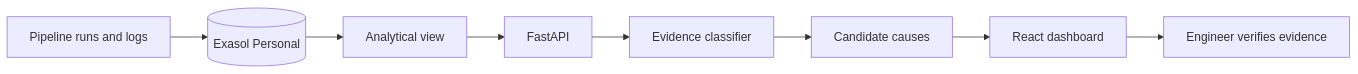
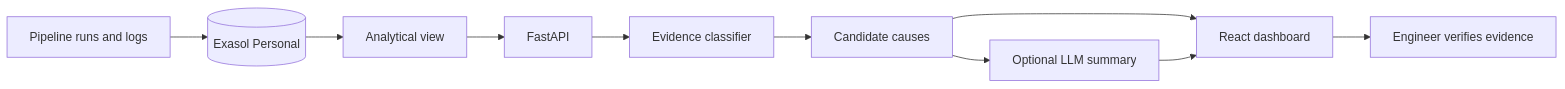
Before and after one commit to Anafa-thabassum/opsintel-ai: the diagram in README.md, drawn with Mermaid. The commit also changed other lines of this file and 16 other files, not shown here.

````diff
--- a/README.md
+++ b/README.md
@@ -73,10 +75,12 @@
 ```mermaid
 flowchart LR
     A[Pipeline runs and logs] --> B[(Exasol Personal)]
     B --> C[Analytical view]
     C --> D[FastAPI]
     D --> E[Evidence classifier]
     E --> F[Candidate causes]
-    F --> G[React dashboard]
-    G --> H[Engineer verifies evidence]
+    F --> G[Optional LLM summary]
+    F --> H[React dashboard]
+    G --> H
+    H --> I[Engineer verifies evidence]
 ```
````
